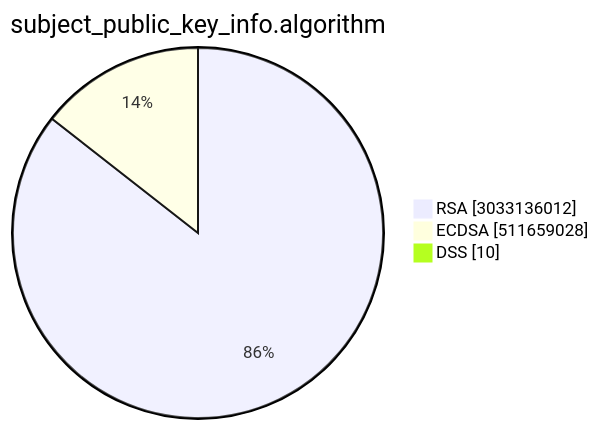
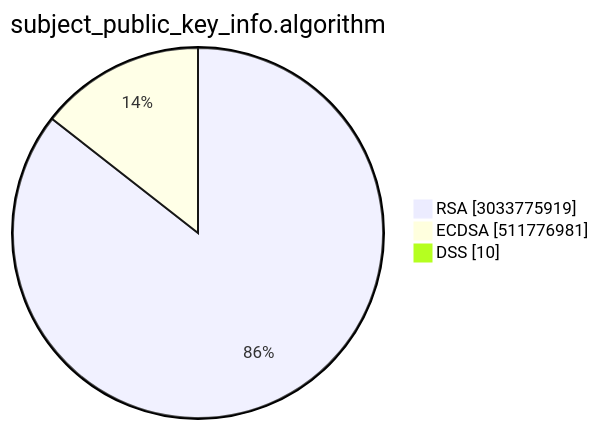
Before and after one commit to christiankrug/ctmonitor_visualization: the second of 15 diagrams in TOTAL/README.md, drawn with Mermaid. The commit also changed other lines of this file, not shown here.

````diff
--- a/TOTAL/README.md
+++ b/TOTAL/README.md
@@ -6,7 +6,7 @@
 ```mermaid
 pie showData
 title subject_public_key_info.algorithm
-"RSA" :3033136012
-"ECDSA" :511659028
+"RSA" :3033775919
+"ECDSA" :511776981
 "DSS" :10
 ```
````
